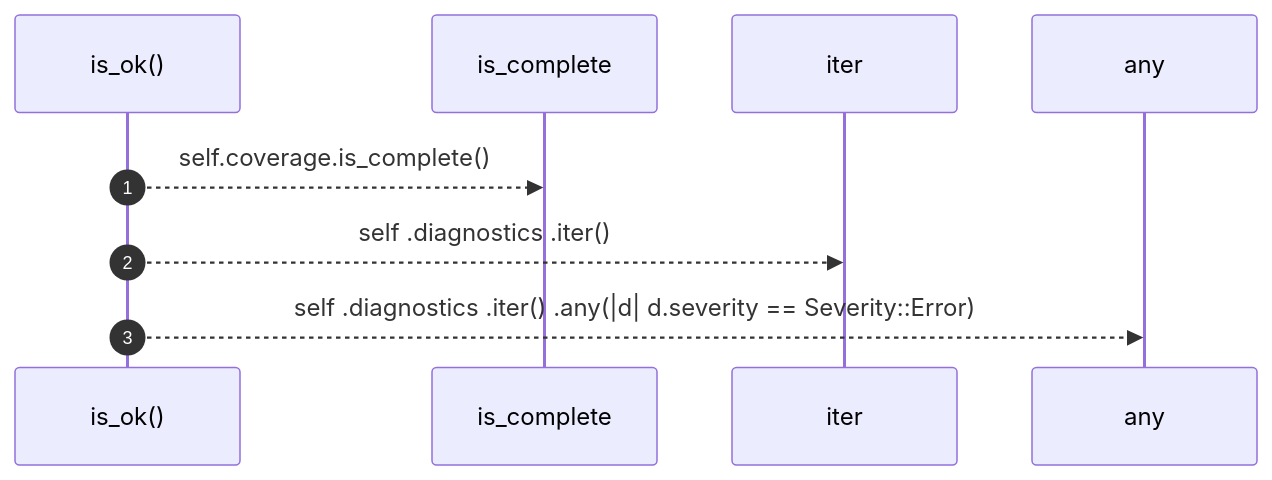
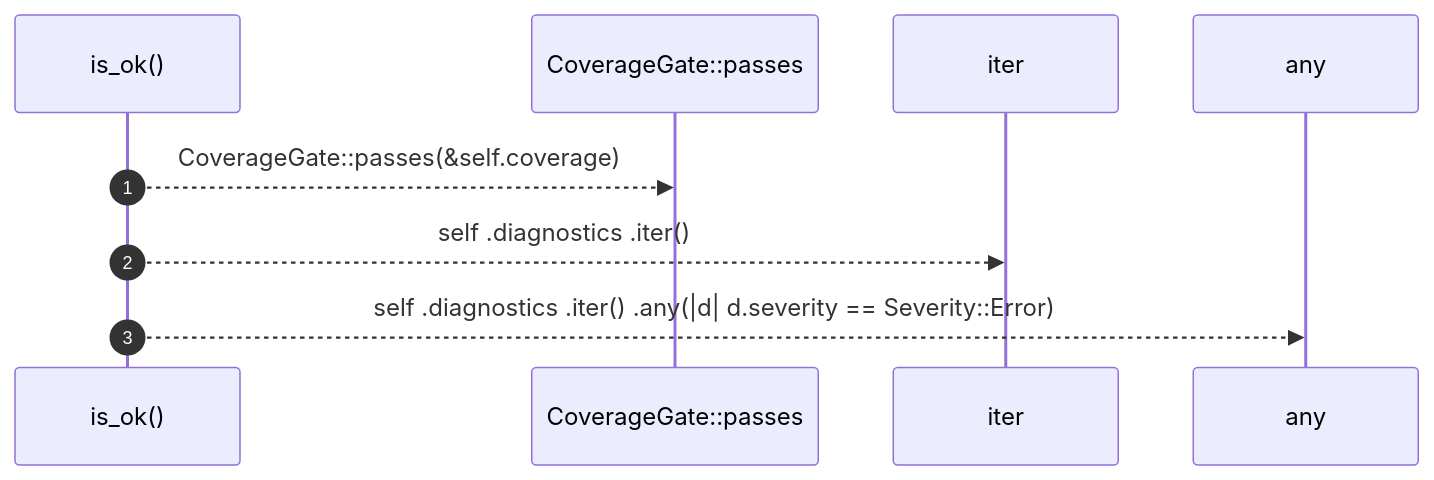
One commit to RyanGuild/self-describing-code changed the diagram in .robby/diagrams/seq-rust-robby-render-pipeline-impl-loaded-is-ok.mmd. Above: the diagram before and after it, drawn with Mermaid. The commit also changed 413 other files, not shown here.

```diff
--- a/.robby/diagrams/seq-rust-robby-render-pipeline-impl-loaded-is-ok.mmd
+++ b/.robby/diagrams/seq-rust-robby-render-pipeline-impl-loaded-is-ok.mmd
@@ -1,9 +1,9 @@
 sequenceDiagram
     autonumber
     participant is_ok as is_ok()
-    participant is_complete as is_complete
+    participant CoverageGate__passes as CoverageGate::passes
     participant iter as iter
     participant any as any
-    is_ok-->>is_complete: self.coverage.is_complete()
+    is_ok-->>CoverageGate__passes: CoverageGate::passes(&self.coverage)
     is_ok-->>iter: self .diagnostics .iter()
     is_ok-->>any: self .diagnostics .iter() .any(|d| d.severity == Severity::Error)
```
